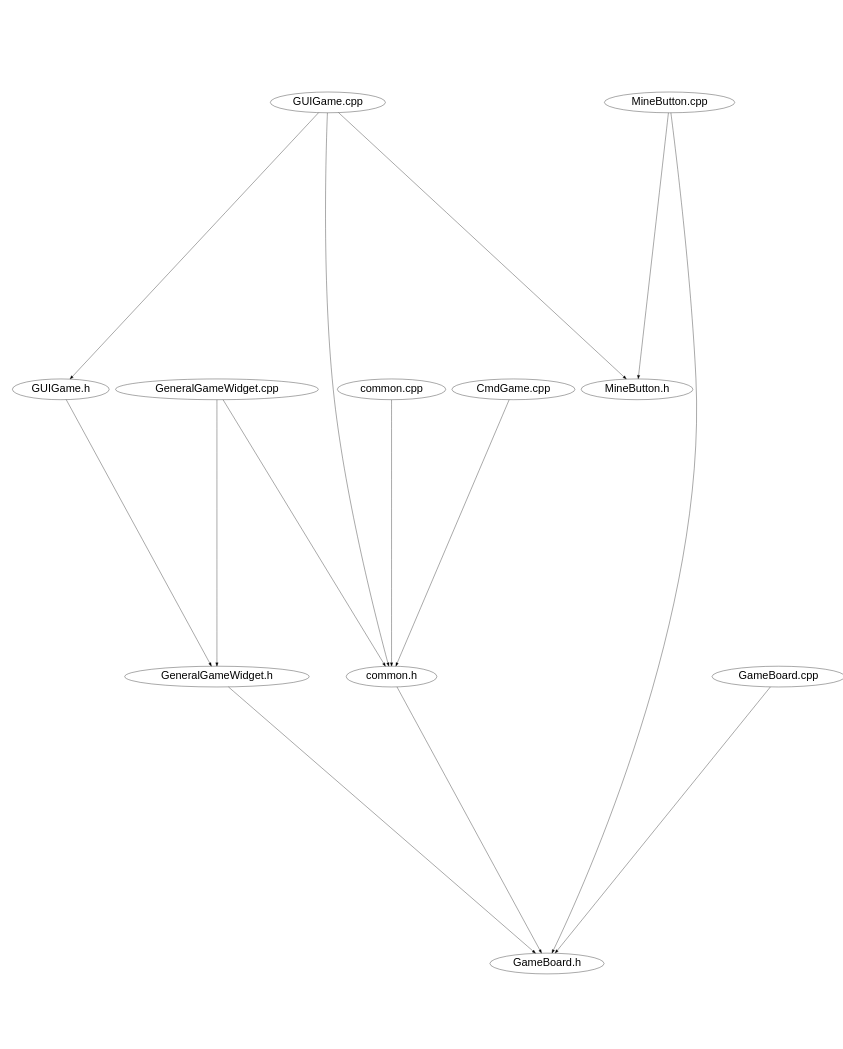
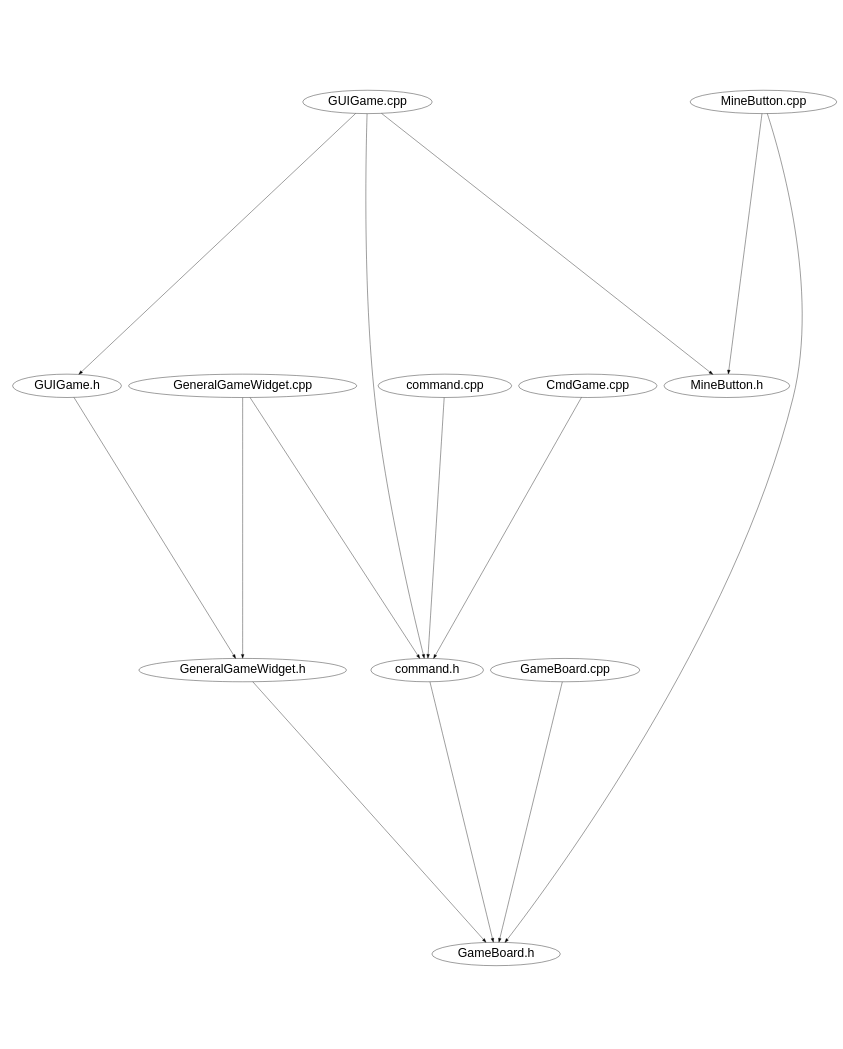
The diagram in minesweeper/doc/Include_Path.dot (jeang-bo-yuan/oop-qt-project), drawn with Graphviz before and after one commit. The commit also changed 8 other files, not shown here.

Commit message:
common.h -> command.h

```diff
--- a/minesweeper/doc/Include_Path.dot
+++ b/minesweeper/doc/Include_Path.dot
@@ -1,22 +1,22 @@
 digraph "source tree" {
     overlap=scale;
     size="8,10";
     ratio="fill";
     fontsize="32";
     fontname="Helvetica";
 	node [fontsize="32", fontname="Helvetica"]
 	clusterrank="local";
+	"GUIGame.cpp" -> "GUIGame.h"
+	"GameBoard.cpp" -> "GameBoard.h"
+	"GUIGame.h" -> "GeneralGameWidget.h"
+	"GeneralGameWidget.cpp" -> "command.h"
+	"GeneralGameWidget.cpp" -> "GeneralGameWidget.h"
+	"command.h" -> "GameBoard.h"
 	"GUIGame.cpp" -> "MineButton.h"
-	"GameBoard.cpp" -> "GameBoard.h"
-	"GUIGame.cpp" -> "GUIGame.h"
-	"GeneralGameWidget.cpp" -> "common.h"
-	"common.h" -> "GameBoard.h"
-	"GUIGame.cpp" -> "common.h"
+	"MineButton.cpp" -> "GameBoard.h"
+	"command.cpp" -> "command.h"
+	"CmdGame.cpp" -> "command.h"
+	"GUIGame.cpp" -> "command.h"
+	"MineButton.cpp" -> "MineButton.h"
 	"GeneralGameWidget.h" -> "GameBoard.h"
-	"MineButton.cpp" -> "GameBoard.h"
-	"common.cpp" -> "common.h"
-	"MineButton.cpp" -> "MineButton.h"
-	"CmdGame.cpp" -> "common.h"
-	"GUIGame.h" -> "GeneralGameWidget.h"
-	"GeneralGameWidget.cpp" -> "GeneralGameWidget.h"
 }
```
